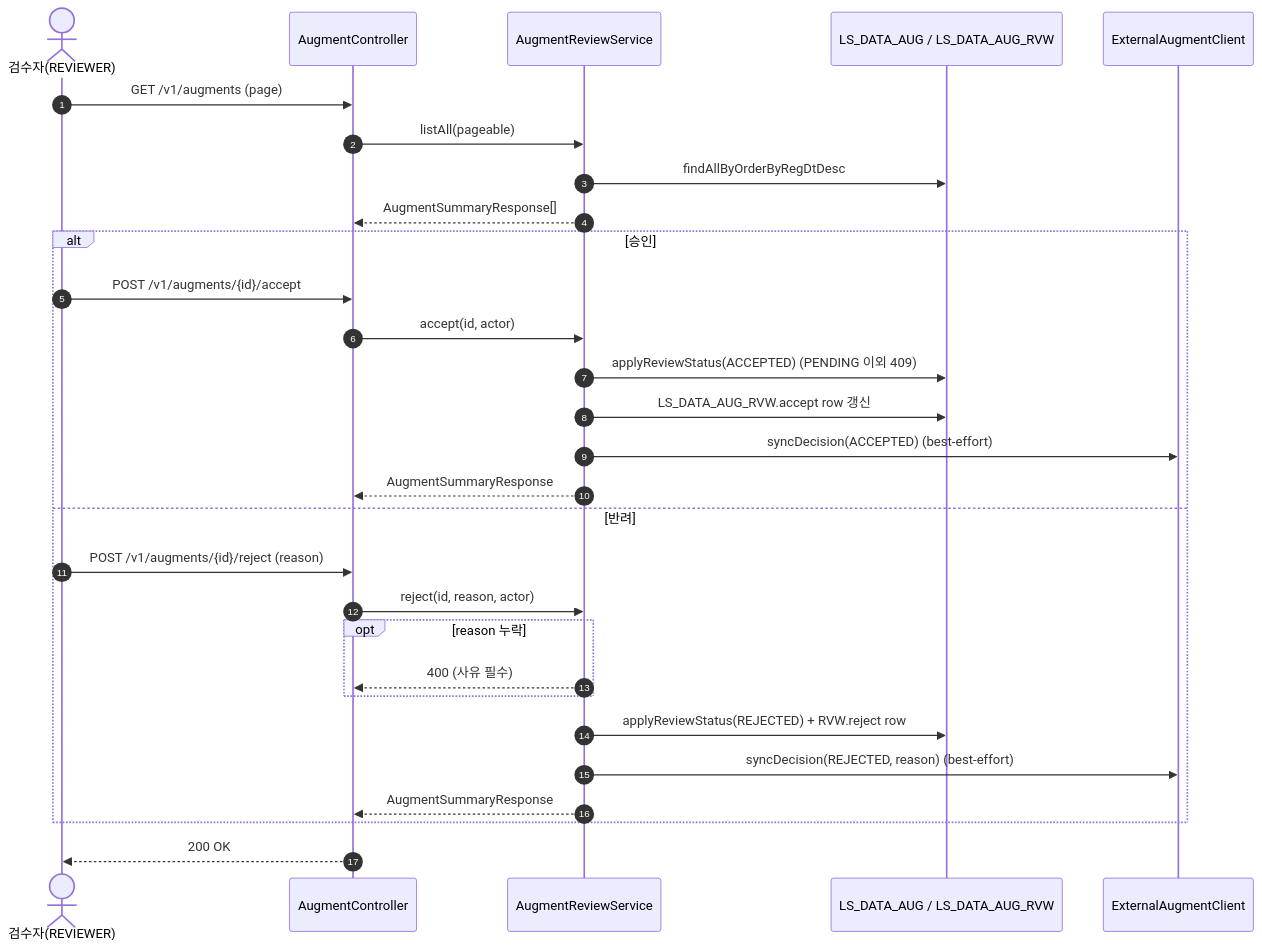
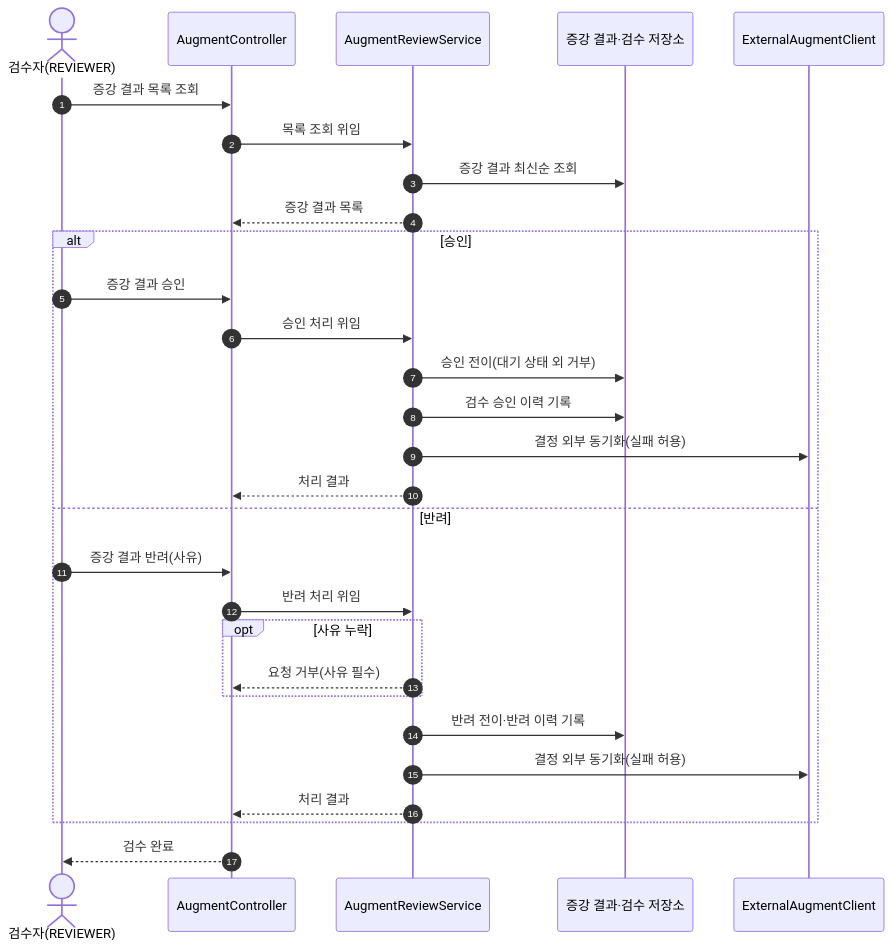
Before and after one commit to New-stella/klid-label: the tenth of 26 diagrams in docs/design/D1-클래스설계서.md, drawn with Mermaid. The commit also changed other lines of this file and 32 other files, not shown here.

````diff
--- a/docs/design/D1-클래스설계서.md
+++ b/docs/design/D1-클래스설계서.md
@@ -580,31 +555,31 @@
 ```mermaid
 sequenceDiagram
     autonumber
     actor RV as 검수자(REVIEWER)
     participant AC as AugmentController
     participant ARS as AugmentReviewService
-    participant DB as LS_DATA_AUG / LS_DATA_AUG_RVW
+    participant DB as 증강 결과·검수 저장소
     participant EX as ExternalAugmentClient
-    RV->>AC: GET /v1/augments (page)
-    AC->>ARS: listAll(pageable)
-    ARS->>DB: findAllByOrderByRegDtDesc
-    ARS-->>AC: AugmentSummaryResponse[]
+    RV->>AC: 증강 결과 목록 조회
+    AC->>ARS: 목록 조회 위임
+    ARS->>DB: 증강 결과 최신순 조회
+    ARS-->>AC: 증강 결과 목록
     alt 승인
-        RV->>AC: POST /v1/augments/{id}/accept
-        AC->>ARS: accept(id, actor)
-        ARS->>DB: applyReviewStatus(ACCEPTED) (PENDING 이외 409)
-        ARS->>DB: LS_DATA_AUG_RVW.accept row 갱신
-        ARS->>EX: syncDecision(ACCEPTED) (best-effort)
-        ARS-->>AC: AugmentSummaryResponse
+        RV->>AC: 증강 결과 승인
+        AC->>ARS: 승인 처리 위임
+        ARS->>DB: 승인 전이(대기 상태 외 거부)
+        ARS->>DB: 검수 승인 이력 기록
+        ARS->>EX: 결정 외부 동기화(실패 허용)
+        ARS-->>AC: 처리 결과
     else 반려
-        RV->>AC: POST /v1/augments/{id}/reject (reason)
-        AC->>ARS: reject(id, reason, actor)
-        opt reason 누락
-            ARS-->>AC: 400 (사유 필수)
+        RV->>AC: 증강 결과 반려(사유)
+        AC->>ARS: 반려 처리 위임
+        opt 사유 누락
+            ARS-->>AC: 요청 거부(사유 필수)
         end
-        ARS->>DB: applyReviewStatus(REJECTED) + RVW.reject row
-        ARS->>EX: syncDecision(REJECTED, reason) (best-effort)
-        ARS-->>AC: AugmentSummaryResponse
+        ARS->>DB: 반려 전이·반려 이력 기록
+        ARS->>EX: 결정 외부 동기화(실패 허용)
+        ARS-->>AC: 처리 결과
     end
-    AC-->>RV: 200 OK
+    AC-->>RV: 검수 완료
 ```
````
